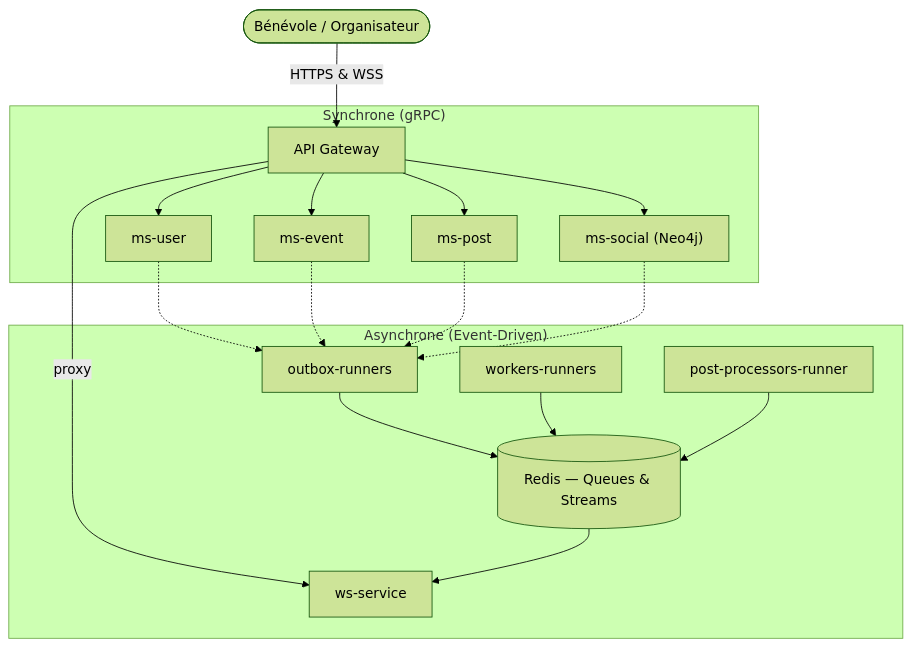
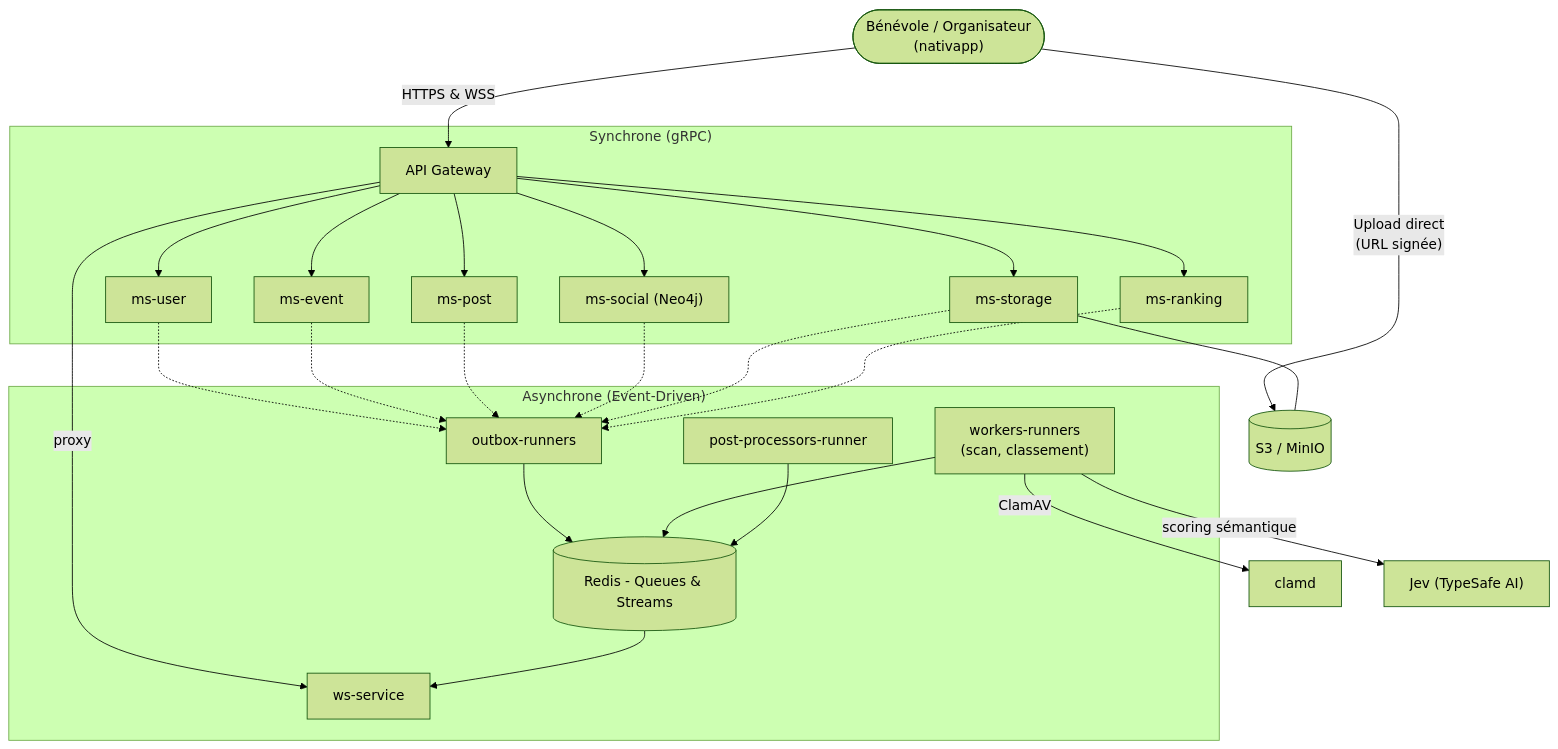
Before and after one commit to Volontariapp/.github: the diagram in profile/README.md, drawn with Mermaid (forest theme). The commit also changed other lines of this file, not shown here.

````diff
--- a/profile/README.md
+++ b/profile/README.md
@@ -35,25 +49,34 @@
 ```mermaid
 flowchart TD
-    user(["Bénévole / Organisateur"]) -- "HTTPS & WSS" --> gw["API Gateway"]
+    user(["Bénévole / Organisateur<br/>(nativapp)"]) -- "HTTPS & WSS" --> gw["API Gateway"]
+    user -- "Upload direct<br/>(URL signée)" --> s3[("S3 / MinIO")]
 
     subgraph sync ["Synchrone (gRPC)"]
         gw --> ms_user["ms-user"]
         gw --> ms_event["ms-event"]
         gw --> ms_post["ms-post"]
         gw --> ms_social["ms-social (Neo4j)"]
+        gw --> ms_storage["ms-storage"]
+        gw --> ms_ranking["ms-ranking"]
     end
 
     gw -- "proxy" --> ws["ws-service"]
+    ms_storage --- s3
 
     subgraph async ["Asynchrone (Event-Driven)"]
-        ob["outbox-runners"] --> redis[("Redis — Queues & Streams")]
-        wk["workers-runners"] --> redis
+        ob["outbox-runners"] --> redis[("Redis - Queues & Streams")]
+        wk["workers-runners<br/>(scan, classement)"] --> redis
         pp["post-processors-runner"] --> redis
         redis --> ws
     end
+
+    wk -- "ClamAV" --> clam["clamd"]
+    wk -- "scoring sémantique" --> jev["Jev (TypeSafe AI)"]
 
     ms_user -.-> ob
     ms_event -.-> ob
     ms_post -.-> ob
     ms_social -.-> ob
+    ms_storage -.-> ob
+    ms_ranking -.-> ob
 ```
````
